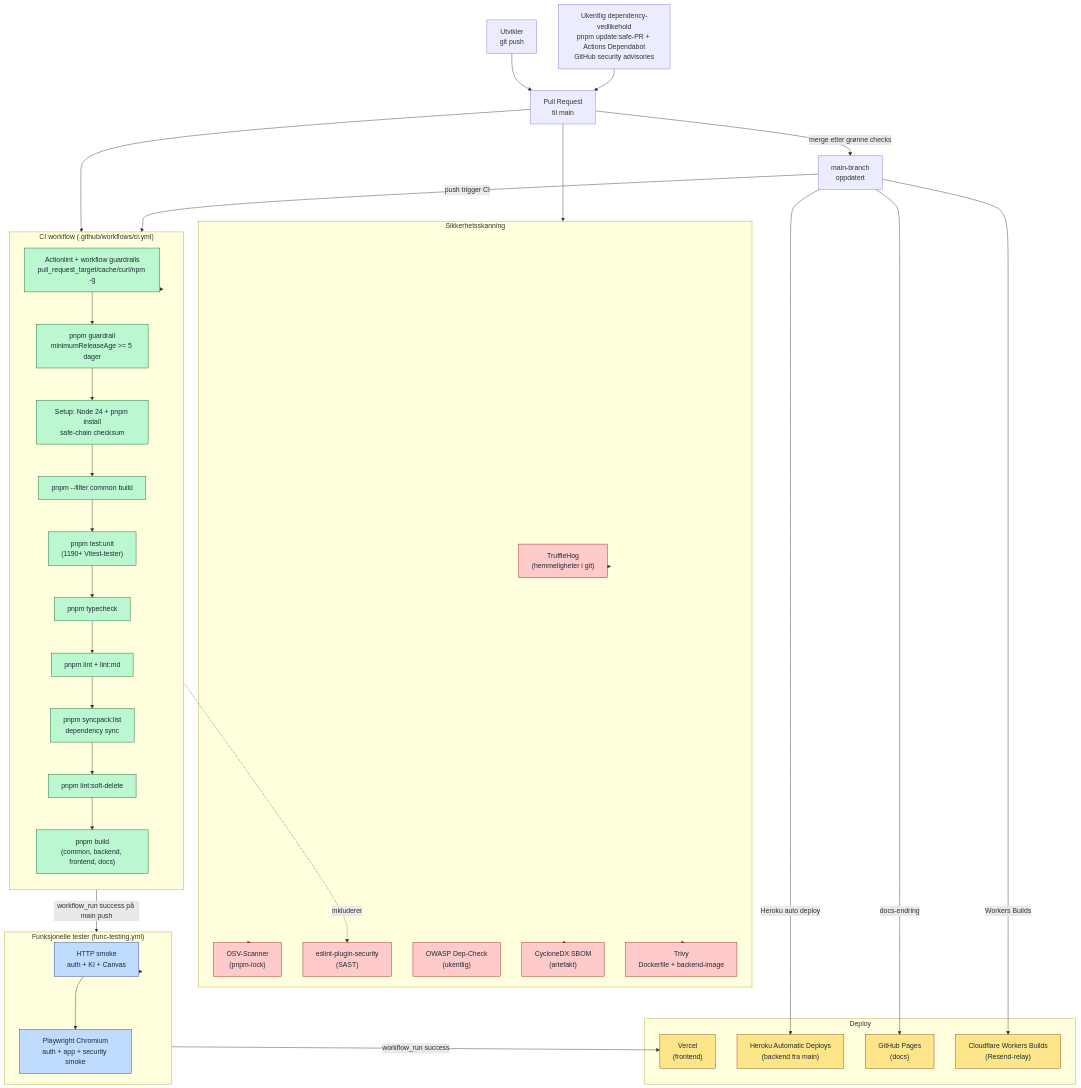
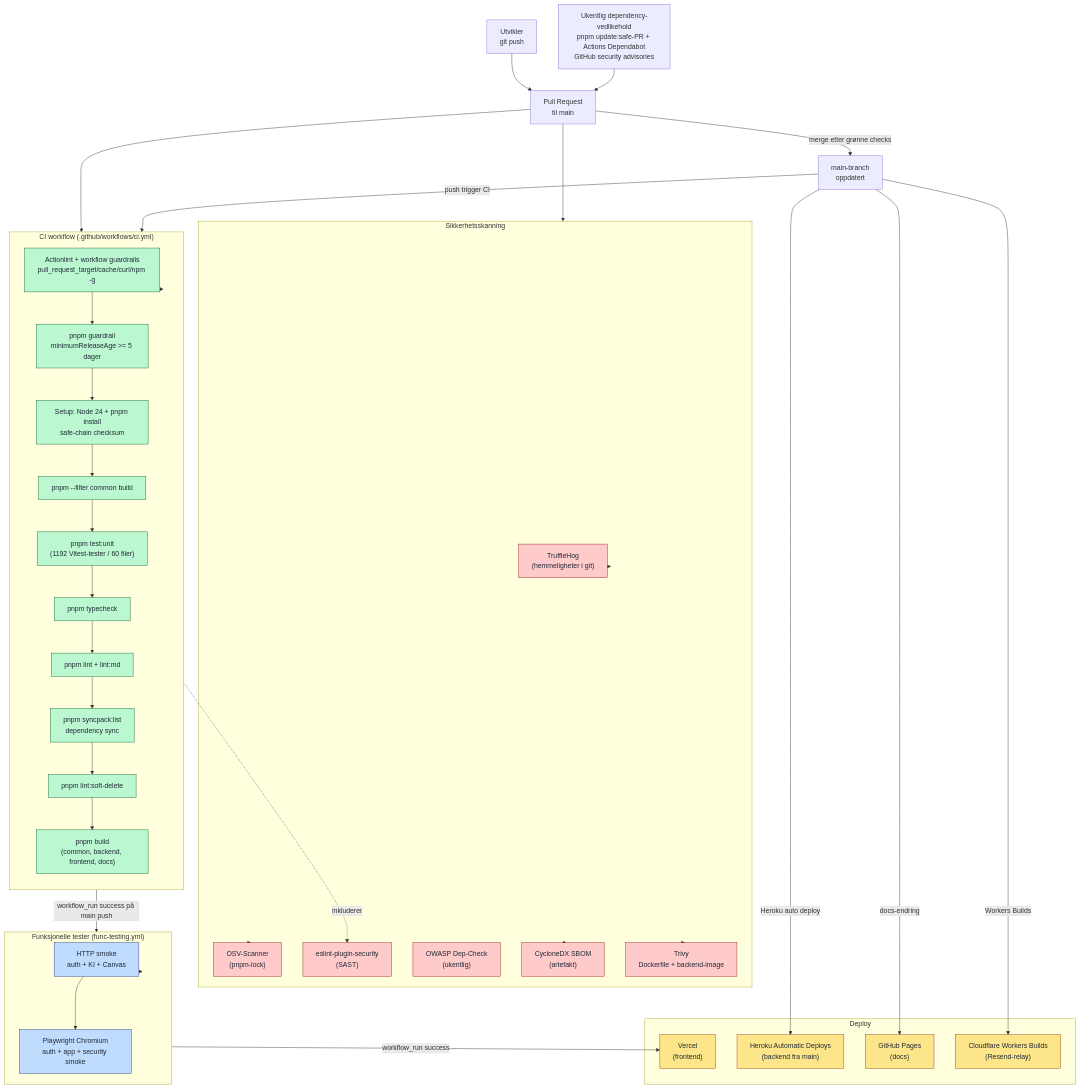
The diagram in filer_prosjekt/diagrammer/15-cicd-pipeline.md (26zl/StudyWise), drawn with Mermaid before and after one commit. The commit also changed 14 other files, not shown here.

````diff
--- a/filer_prosjekt/diagrammer/15-cicd-pipeline.md
+++ b/filer_prosjekt/diagrammer/15-cicd-pipeline.md
@@ -5,73 +5,73 @@
 ```mermaid
 flowchart TB
     DEV["Utvikler<br/>git push"]
     PR["Pull Request<br/>til main"]
     MAIN["main-branch<br/>oppdatert"]
 
     subgraph CI["CI workflow (.github/workflows/ci.yml)"]
         direction TB
         ACTIONLINT["Actionlint + workflow guardrails<br/>pull_request_target/cache/curl/npm -g"]
         PNPM_SEC["pnpm guardrail<br/>minimumReleaseAge >= 5 dager"]
         SETUP["Setup: Node 24 + pnpm install<br/>safe-chain checksum"]
         COMMON["pnpm --filter common build"]
-        UNIT["pnpm test:unit<br/>(1190+ Vitest-tester)"]
+        UNIT["pnpm test:unit<br/>(1192 Vitest-tester / 60 filer)"]
         TYPE["pnpm typecheck"]
         LINT["pnpm lint + lint:md"]
         SYNCPACK["pnpm syncpack:list<br/>dependency sync"]
         SOFT["pnpm lint:soft-delete"]
         BUILD["pnpm build<br/>(common, backend, frontend, docs)"]
     end
 
     subgraph SEC["Sikkerhetsskanning"]
         TRUFFLE["TruffleHog<br/>(hemmeligheter i git)"]
         OSV["OSV-Scanner<br/>(pnpm-lock)"]
         ESLINT_SEC["eslint-plugin-security<br/>(SAST)"]
         OWASP["OWASP Dep-Check<br/>(ukentlig)"]
         SBOM["CycloneDX SBOM<br/>(artefakt)"]
         TRIVY["Trivy<br/>Dockerfile + backend-image"]
     end
 
     subgraph FUNC["Funksjonelle tester (func-testing.yml)"]
         SMOKE["HTTP smoke<br/>auth + KI + Canvas"]
         E2E["Playwright Chromium<br/>auth + app + security smoke"]
     end
 
     subgraph DEPLOY["Deploy"]
         VERCEL["Vercel<br/>(frontend)"]
         HEROKU["Heroku Automatic Deploys<br/>(backend fra main)"]
         PAGES["GitHub Pages<br/>(docs)"]
         CFW["Cloudflare Workers Builds<br/>(Resend-relay)"]
     end
 
     DEPS["Ukentlig dependency-vedlikehold<br/>pnpm update:safe-PR + Actions Dependabot<br/>GitHub security advisories"]
 
     DEV --> PR
     PR --> CI
     PR --> SEC
 
     CI --> ACTIONLINT --> PNPM_SEC --> SETUP --> COMMON --> UNIT --> TYPE --> LINT --> SYNCPACK --> SOFT --> BUILD
     SEC --> OSV
     SEC --> SBOM
     SEC --> TRIVY
     SEC --> TRUFFLE
     LINT -.inkluderer.-> ESLINT_SEC
     DEPS --> PR
 
     PR -->|merge etter grønne checks| MAIN
     MAIN -->|push trigger CI| CI
     CI -->|workflow_run success på main push| FUNC
     FUNC --> SMOKE --> E2E
     FUNC -->|workflow_run success| VERCEL
     MAIN -->|Heroku auto deploy| HEROKU
     MAIN -->|docs-endring| PAGES
     MAIN -->|Workers Builds| CFW
 
     classDef build fill:#bbf7d0,stroke:#166534,color:#1f2937
     classDef sec fill:#fecaca,stroke:#991b1b,color:#1f2937
     classDef test fill:#bfdbfe,stroke:#1e3a8a,color:#1f2937
     classDef deploy fill:#fde68a,stroke:#92400e,color:#1f2937
     class ACTIONLINT,PNPM_SEC,SETUP,COMMON,TYPE,LINT,UNIT,SYNCPACK,SOFT,BUILD build
     class TRUFFLE,OSV,ESLINT_SEC,OWASP,SBOM,TRIVY sec
     class E2E,SMOKE test
     class VERCEL,HEROKU,PAGES,CFW deploy
 ```
````
